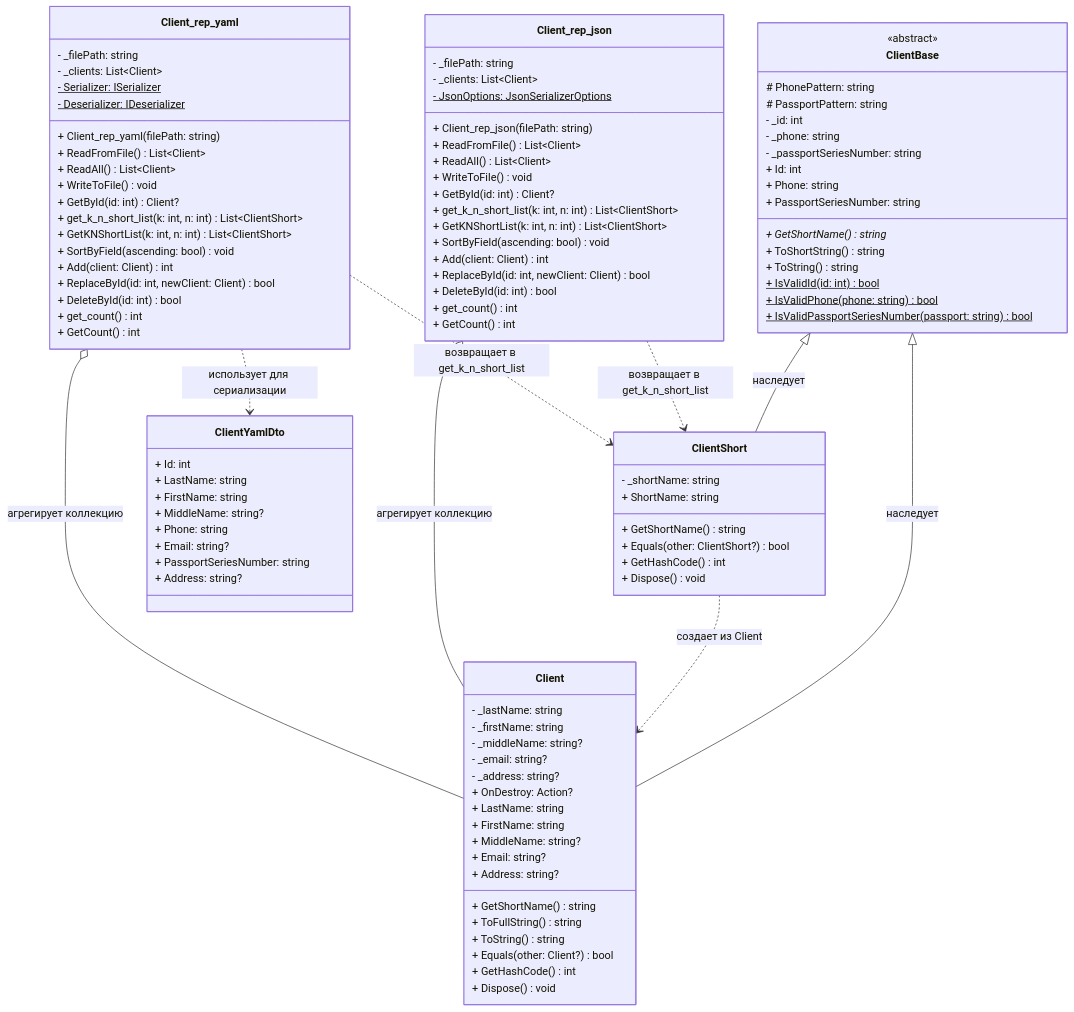
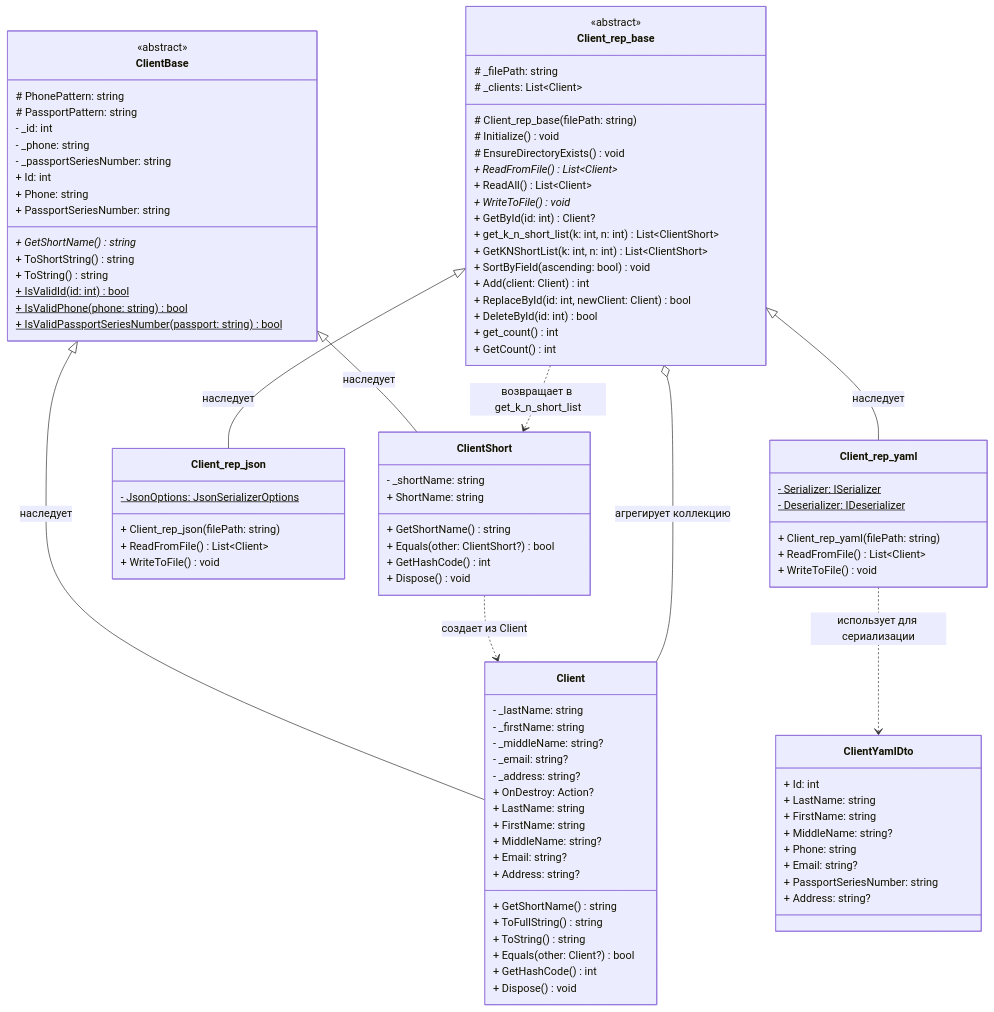
The diagram in Diagrams/Lab2_ClassDiagram.md (Ciretrus/panesh-lab1), drawn with Mermaid before and after one commit. The commit also changed other lines of this file and 4 other files, not shown here.

Commit message:
add relative class client_rep_base

````diff
--- a/Diagrams/Lab2_ClassDiagram.md
+++ b/Diagrams/Lab2_ClassDiagram.md
@@ -6,6 +6,7 @@
 classDiagram
     direction TB
 
+    %% Сущности предметной области
     class ClientBase {
         <<abstract>>
         # PhonePattern: string
@@ -53,14 +54,17 @@
         + Dispose() void
     }
 
-    class Client_rep_json {
-        - _filePath: string
-        - _clients: List~Client~
-        - JsonOptions: JsonSerializerOptions$
-        + Client_rep_json(filePath: string)
-        + ReadFromFile() List~Client~
+    %% Базовый класс репозиториев
+    class Client_rep_base {
+        <<abstract>>
+        # _filePath: string
+        # _clients: List~Client~
+        # Client_rep_base(filePath: string)
+        # Initialize() void
+        # EnsureDirectoryExists() void
+        + ReadFromFile()* List~Client~
         + ReadAll() List~Client~
-        + WriteToFile() void
+        + WriteToFile()* void
         + GetById(id: int) Client?
         + get_k_n_short_list(k: int, n: int) List~ClientShort~
         + GetKNShortList(k: int, n: int) List~ClientShort~
@@ -70,6 +74,13 @@
         + DeleteById(id: int) bool
         + get_count() int
         + GetCount() int
+    }
+
+    class Client_rep_json {
+        - JsonOptions: JsonSerializerOptions$
+        + Client_rep_json(filePath: string)
+        + ReadFromFile() List~Client~
+        + WriteToFile() void
     }
 
     class ClientYamlDto {
@@ -84,31 +95,22 @@
     }
 
     class Client_rep_yaml {
-        - _filePath: string
-        - _clients: List~Client~
         - Serializer: ISerializer$
         - Deserializer: IDeserializer$
         + Client_rep_yaml(filePath: string)
         + ReadFromFile() List~Client~
-        + ReadAll() List~Client~
         + WriteToFile() void
-        + GetById(id: int) Client?
-        + get_k_n_short_list(k: int, n: int) List~ClientShort~
-        + GetKNShortList(k: int, n: int) List~ClientShort~
-        + SortByField(ascending: bool) void
-        + Add(client: Client) int
-        + ReplaceById(id: int, newClient: Client) bool
-        + DeleteById(id: int) bool
-        + get_count() int
-        + GetCount() int
     }
 
+    %% Связи
     ClientBase <|-- Client : наследует
     ClientBase <|-- ClientShort : наследует
     ClientShort ..> Client : создает из Client
-    Client_rep_json o-- Client : агрегирует коллекцию
-    Client_rep_json ..> ClientShort : возвращает в get_k_n_short_list
-    Client_rep_yaml o-- Client : агрегирует коллекцию
-    Client_rep_yaml ..> ClientShort : возвращает в get_k_n_short_list
+
+    Client_rep_base <|-- Client_rep_json : наследует
+    Client_rep_base <|-- Client_rep_yaml : наследует
+
+    Client_rep_base o-- Client : агрегирует коллекцию
+    Client_rep_base ..> ClientShort : возвращает в get_k_n_short_list
     Client_rep_yaml ..> ClientYamlDto : использует для сериализации
 ```
````
